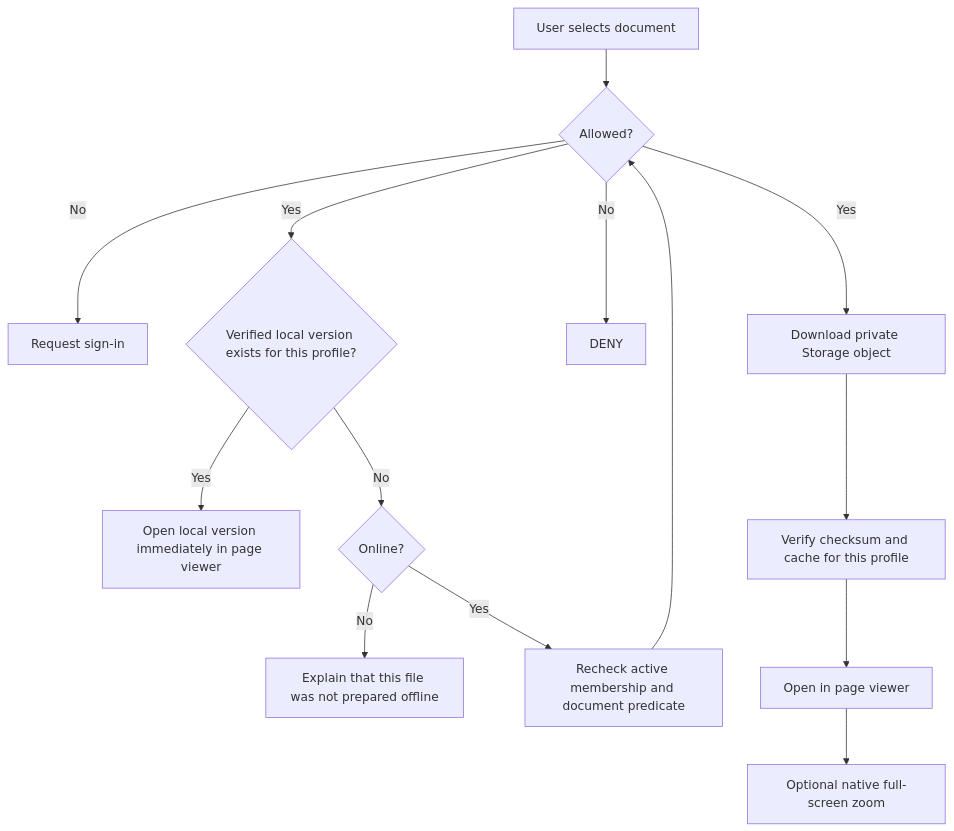
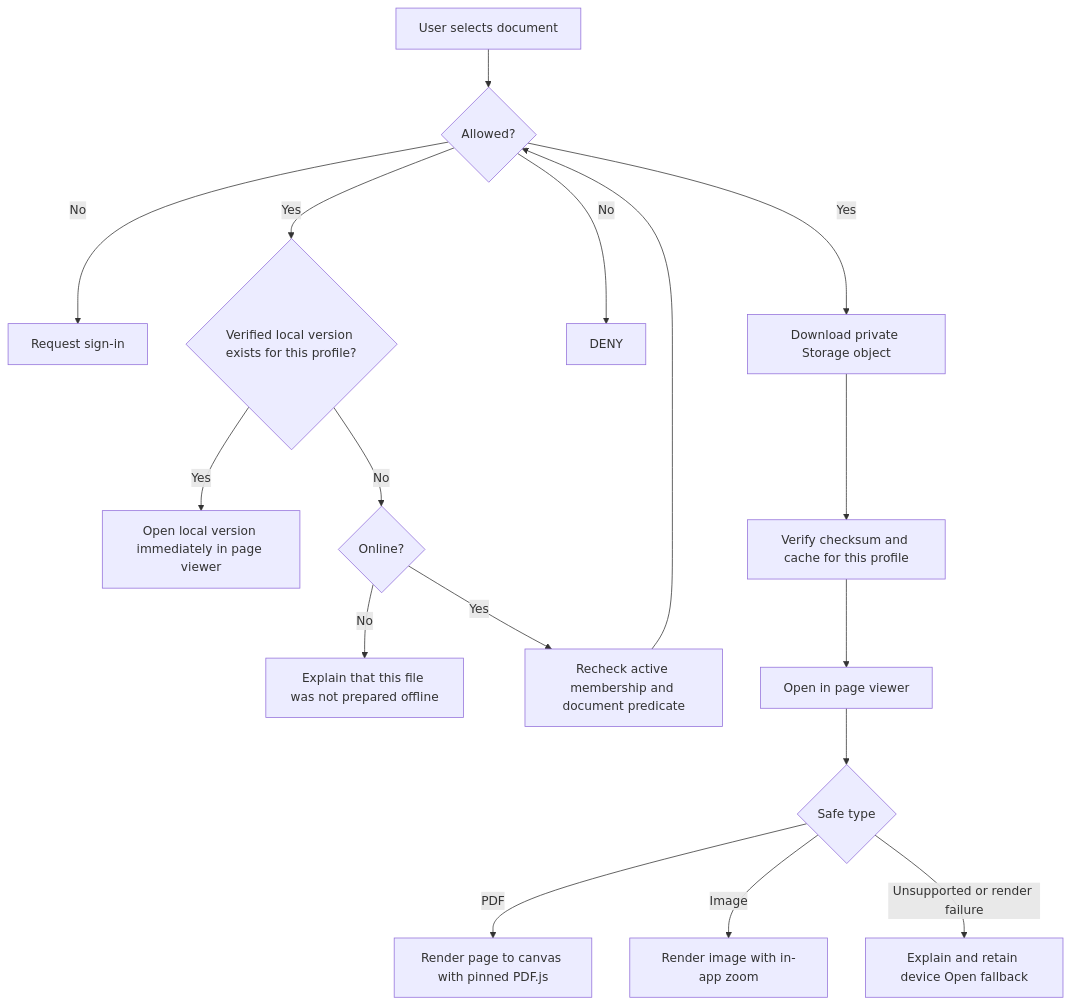
The fifth of 13 diagrams in docs/LOW_LEVEL_DESIGN.md (shantanu1258/trip-vault), drawn with Mermaid before and after one commit. The commit also changed other lines of this file and 87 other files, not shown here.

````diff
--- a/docs/LOW_LEVEL_DESIGN.md
+++ b/docs/LOW_LEVEL_DESIGN.md
@@ -1165,16 +1204,19 @@
 ```mermaid
 flowchart TD
     A[User selects document] --> P{Current signed-in or offline-enrolled profile?}
     P -- No --> SIGNIN[Request sign-in]
     P -- Yes --> B{Verified local version exists for this profile?}
     B -- Yes --> L[Open local version immediately in page viewer]
     B -- No --> N{Online?}
     N -- No --> MISS[Explain that this file was not prepared offline]
     N -- Yes --> R[Recheck active membership and document predicate]
     R --> P{Allowed?}
     P -- No --> DENY
     P -- Yes --> U[Download private Storage object]
     U --> C[Verify checksum and cache for this profile]
     C --> V[Open in page viewer]
-    V --> F[Optional native full-screen zoom]
+    V --> T{Safe type}
+    T -- PDF --> PDF[Render page to canvas with pinned PDF.js]
+    T -- Image --> IMG[Render image with in-app zoom]
+    T -- Unsupported or render failure --> F[Explain and retain device Open fallback]
 ```
````
